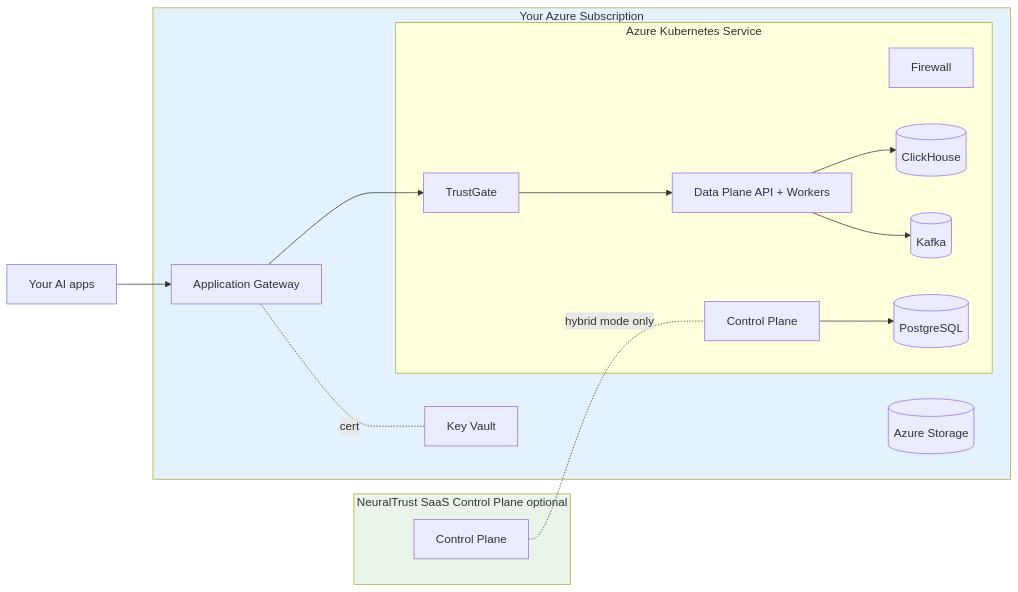
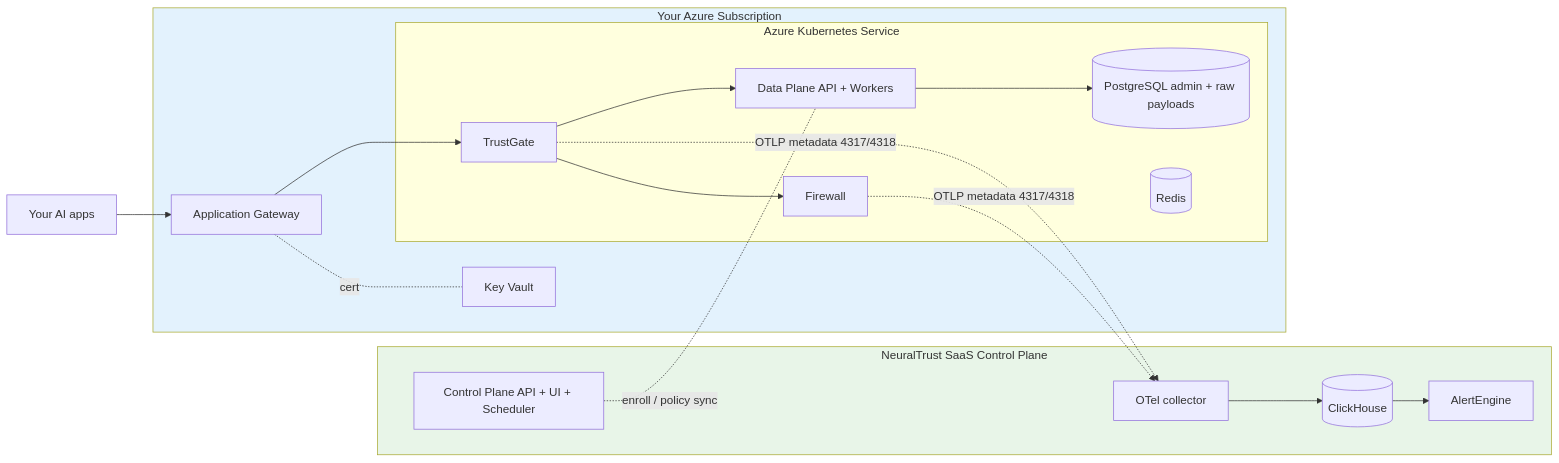
The diagram in neuraltrust/deployment/azure/overview.mdx (NeuralTrust/docs), drawn with Mermaid before and after one commit. The commit also changed other lines of this file and 26 other files, not shown here.

````diff
--- a/neuraltrust/deployment/azure/overview.mdx
+++ b/neuraltrust/deployment/azure/overview.mdx
@@ -82,33 +79,35 @@
 ```mermaid
 flowchart LR
-    subgraph NT[NeuralTrust SaaS Control Plane optional]
-        Portal[Control Plane]
+    subgraph NT[NeuralTrust SaaS Control Plane]
+        Portal[Control Plane API + UI + Scheduler]
+        OTEL[OTel collector]
+        CH[(ClickHouse)]
+        AE[AlertEngine]
+        OTEL --> CH --> AE
     end
 
     subgraph AZ[Your Azure Subscription]
         subgraph AKS[Azure Kubernetes Service]
             TG[TrustGate]
-            CP[Control Plane]
             DP[Data Plane API + Workers]
             FW[Firewall]
-            CH[(ClickHouse)]
-            KAF[(Kafka)]
-            PG[(PostgreSQL)]
+            PG[(PostgreSQL admin + raw payloads)]
+            RD[(Redis)]
         end
         AGW[Application Gateway]
         KV[Key Vault]
-        ADLS[(Azure Storage)]
     end
 
     Apps[Your AI apps] --> AGW --> TG
     TG --> DP
-    DP --> CH
-    DP --> KAF
-    CP --> PG
+    TG --> FW
+    DP --> PG
     AGW -. cert .- KV
 
-    Portal -. hybrid mode only .- CP
+    TG -. OTLP metadata 4317/4318 .-> OTEL
+    FW -. OTLP metadata 4317/4318 .-> OTEL
+    Portal -. enroll / policy sync .- DP
 
     style AZ fill:#e3f2fd
     style NT fill:#e8f5e8
 ```
````
